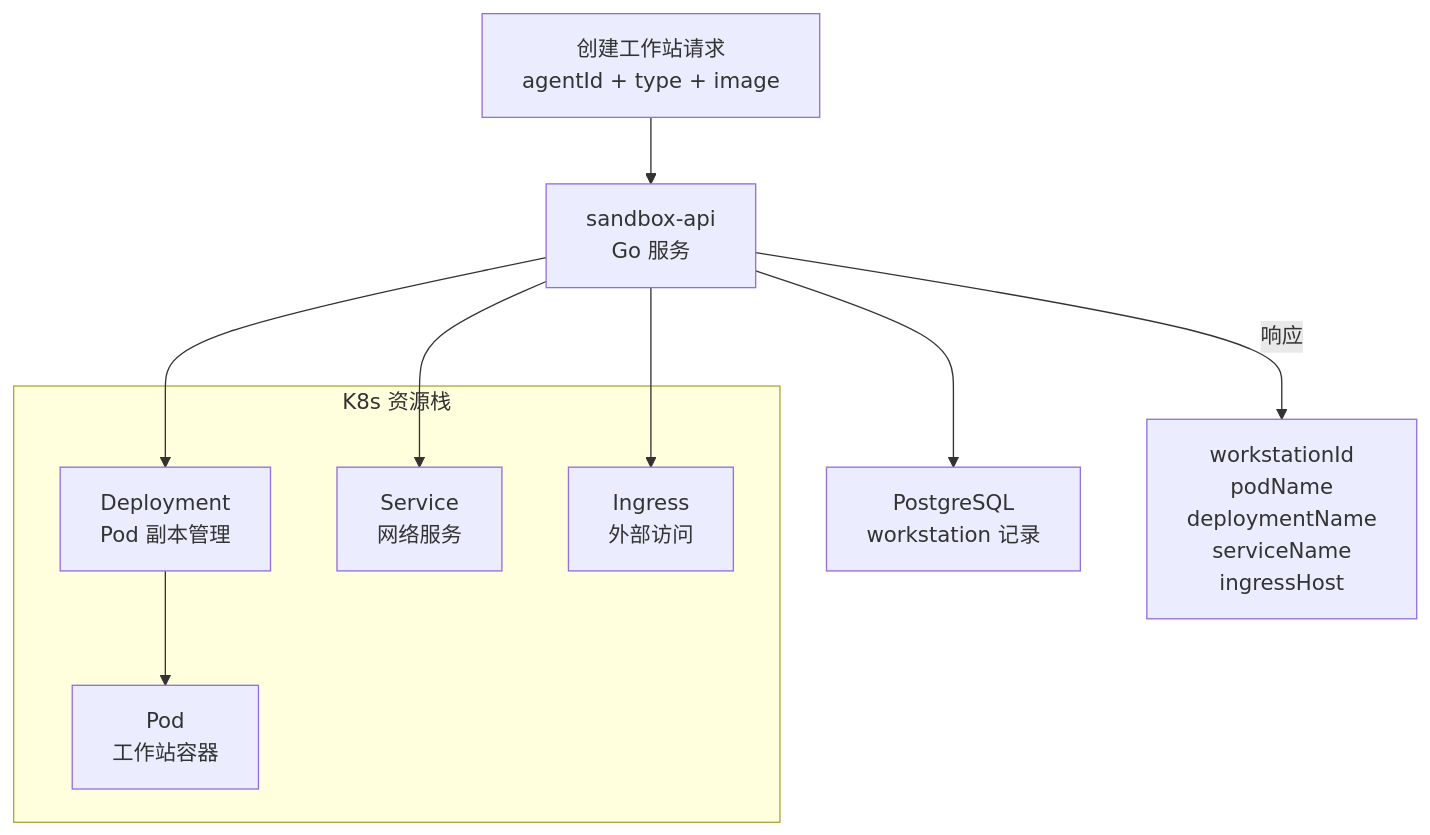
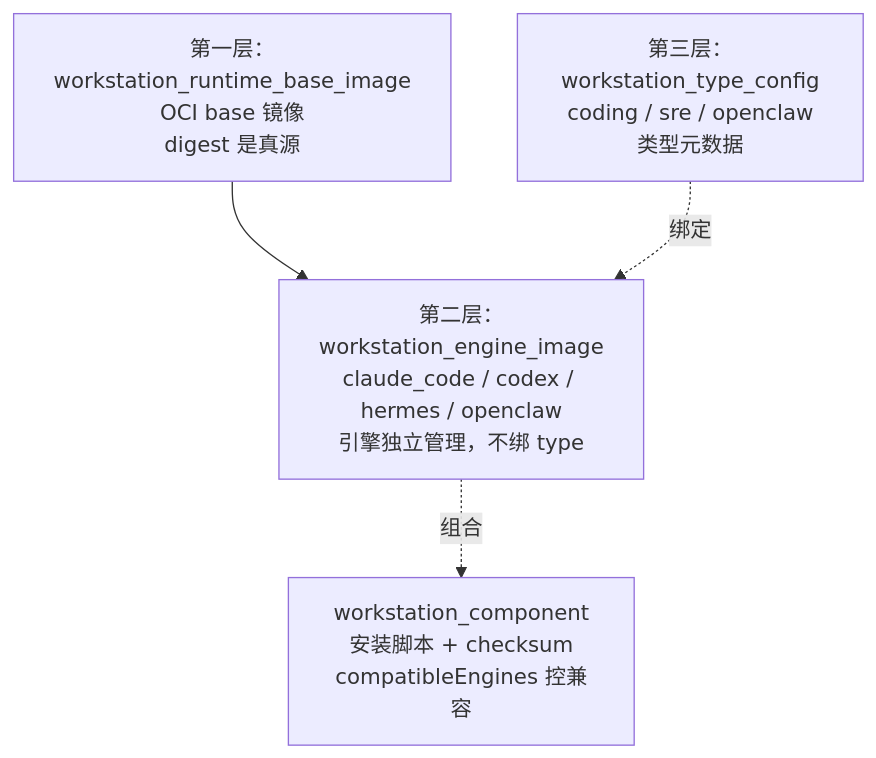
Before and after one commit to GGwujun/deep-dive-winmatrix: the second of 5 diagrams in src/part5-skill-tool/ch15-coding-workstation.md, drawn with Mermaid. The commit also changed other lines of this file and 35 other files, not shown here.

````diff
--- a/src/part5-skill-tool/ch15-coding-workstation.md
+++ b/src/part5-skill-tool/ch15-coding-workstation.md
@@ -259,24 +249,11 @@
 ```mermaid
 graph TB
-    REQ["创建工作站请求<br/>agentId + type + image"]
+    BASE["第一层：workstation_runtime_base_image<br/>OCI base 镜像<br/>digest 是真源"]
+    ENGINE["第二层：workstation_engine_image<br/>claude_code / codex / hermes / openclaw<br/>引擎独立管理，不绑 type"]
+    TYPE["第三层：workstation_type_config<br/>coding / sre / openclaw<br/>类型元数据"]
+    COMPONENT["workstation_component<br/>安装脚本 + checksum<br/>compatibleEngines 控兼容"]
 
-    API["sandbox-api<br/>Go 服务"]
-
-    subgraph "K8s 资源栈"
-        DEPLOY["Deployment<br/>Pod 副本管理"]
-        POD["Pod<br/>工作站容器"]
-        SVC["Service<br/>网络服务"]
-        INGRESS["Ingress<br/>外部访问"]
-    end
-
-    DB["PostgreSQL<br/>workstation 记录"]
-
-    REQ --> API
-    API --> DEPLOY
-    DEPLOY --> POD
-    API --> SVC
-    API --> INGRESS
-    API --> DB
-
-    API -->|"响应"| RESP["workstationId<br/>podName<br/>deploymentName<br/>serviceName<br/>ingressHost"]
+    BASE --> ENGINE
+    TYPE -.绑定.-> ENGINE
+    ENGINE -.组合.-> COMPONENT
 ```
````
